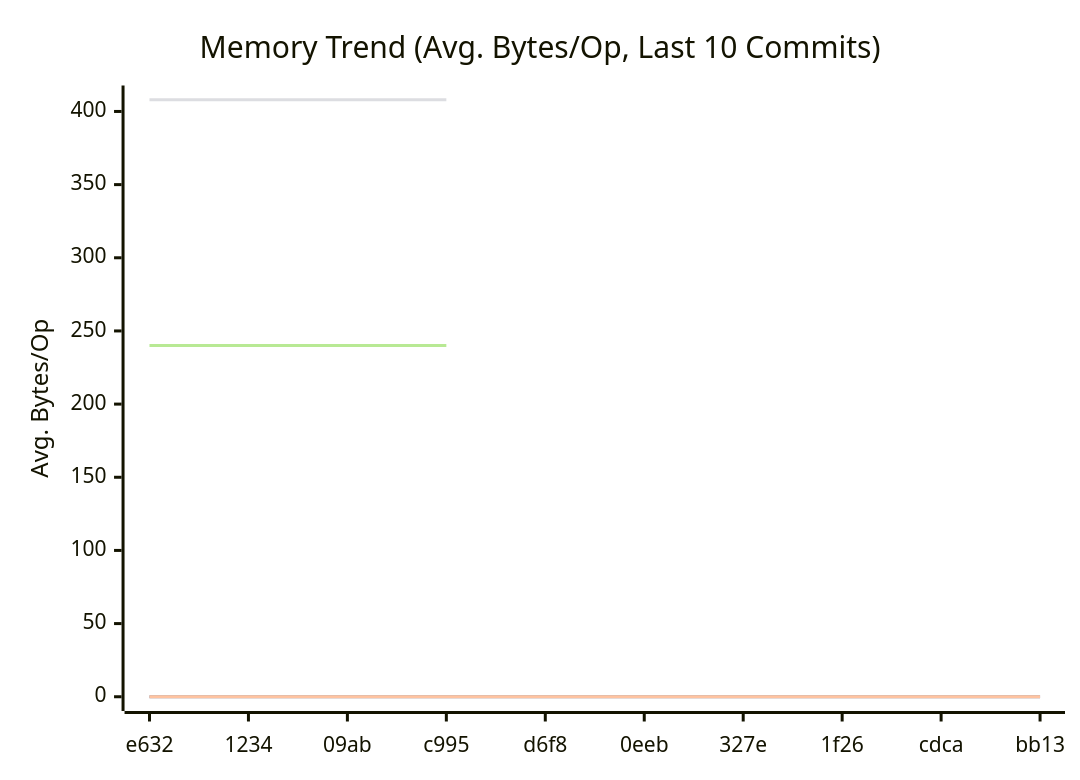
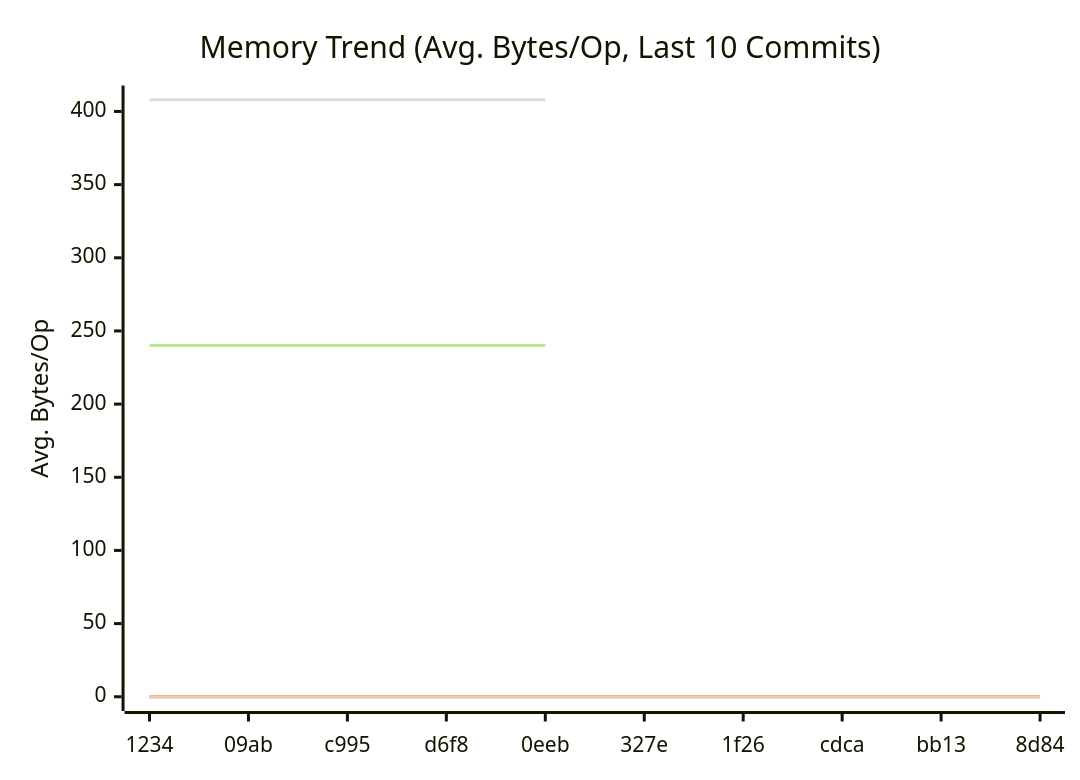
The second of 3 diagrams in doc/README.md (alsotoes/momo), drawn with Mermaid before and after one commit. The commit also changed other lines of this file and 1 other file, not shown here.

````diff
--- a/doc/README.md
+++ b/doc/README.md
@@ -309,12 +309,12 @@
 ```mermaid
 xychart-beta
     title "Memory Trend (Avg. Bytes/Op, Last 10 Commits)"
     x-axis "Commit"
     y-axis "Avg. Bytes/Op"
-    x-axis [e632,1234,09ab,c995,d6f8,0eeb,327e,1f26,cdca,bb13]
+    x-axis [1234,09ab,c995,d6f8,0eeb,327e,1f26,cdca,bb13,8d84]
     line "CheckMetricsAndSwap" [0,0,0,0,0,0,0,0,0,0]
     line "IndexDirectTracking" [0,0,0,0,0,0,0,0,0,0]
     line "IndexSearch" [0,0,0,0,0,0,0,0,0,0]
-    line "ParseReplicationOrder_NoPrealloc" [408,408,408,408]
-    line "ParseReplicationOrder_Prealloc" [240,240,240,240]
+    line "ParseReplicationOrder_NoPrealloc" [408,408,408,408,408]
+    line "ParseReplicationOrder_Prealloc" [240,240,240,240,240]
 ```
````
